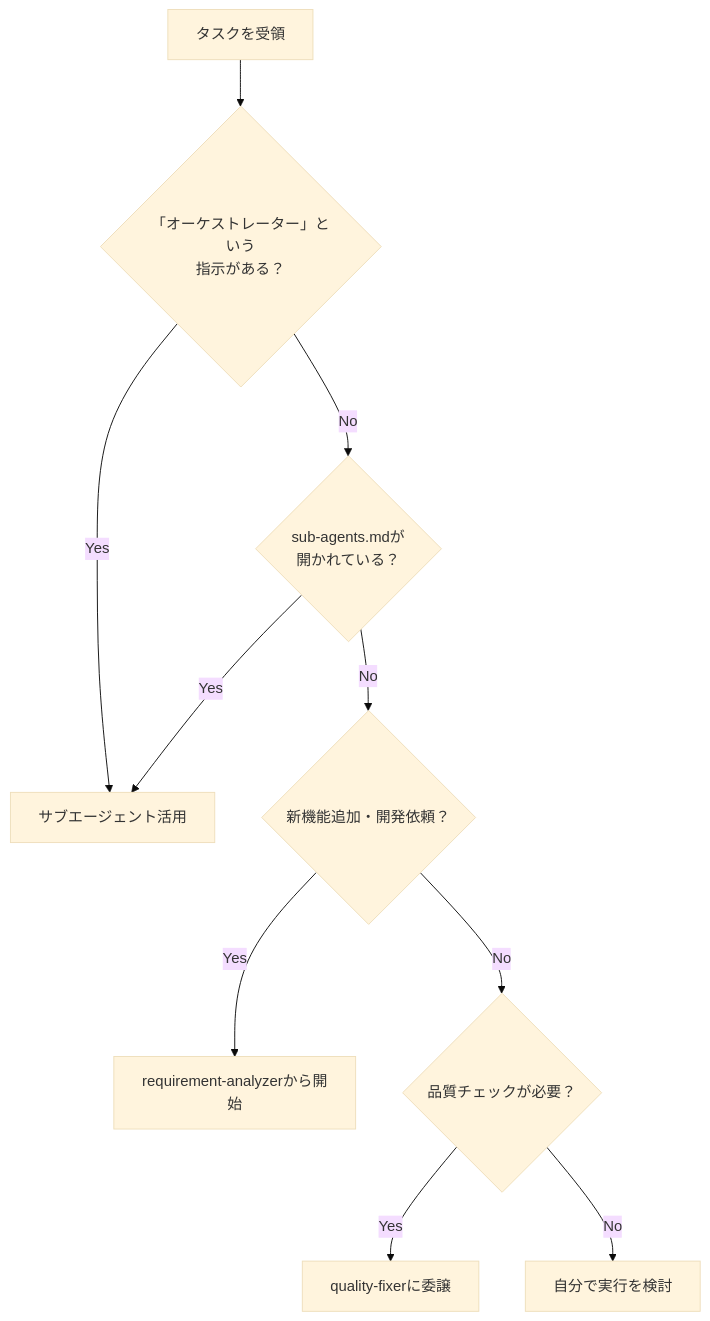
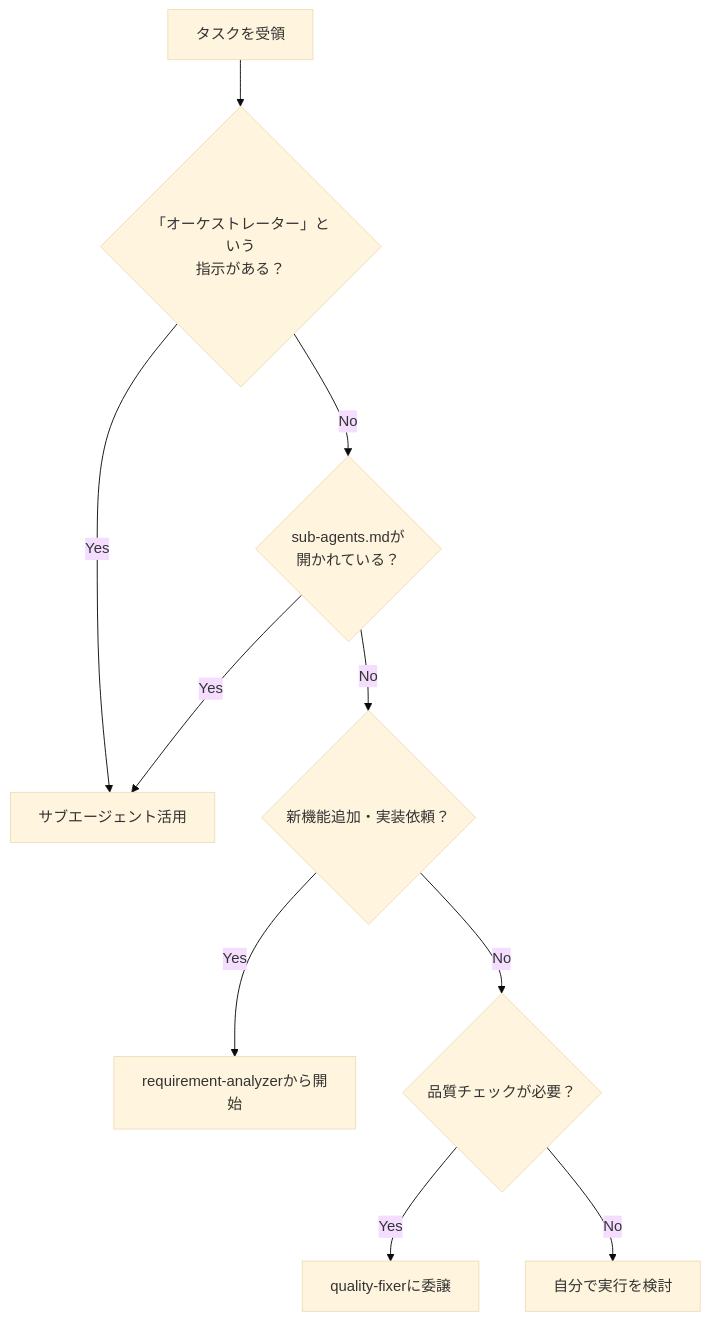
Before and after one commit to atsushi-h/web-native-monorepo-template: the first of 3 diagrams in docs/rules/sub-agents.md, drawn with Mermaid (base theme). The commit also changed other lines of this file and 7 other files, not shown here.

````diff
--- a/docs/rules/sub-agents.md
+++ b/docs/rules/sub-agents.md
@@ -18,12 +18,12 @@
 ```mermaid
 graph TD
     Start[タスクを受領] --> Check1{「オーケストレーター」という<br/>指示がある？}
     Check1 -->|Yes| UseSubAgent[サブエージェント活用]
     Check1 -->|No| Check2{sub-agents.mdが<br/>開かれている？}
     Check2 -->|Yes| UseSubAgent
-    Check2 -->|No| Check3{新機能追加・開発依頼？}
+    Check2 -->|No| Check3{新機能追加・実装依頼？}
     Check3 -->|Yes| RequirementAnalyzer[requirement-analyzerから開始]
     Check3 -->|No| Check4{品質チェックが必要？}
     Check4 -->|Yes| QualityFixer[quality-fixerに委譲]
     Check4 -->|No| SelfExecute[自分で実行を検討]
 ```
````
